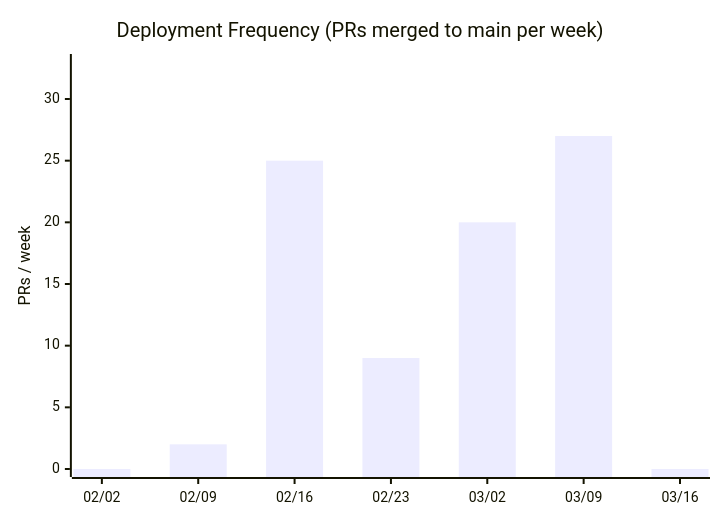
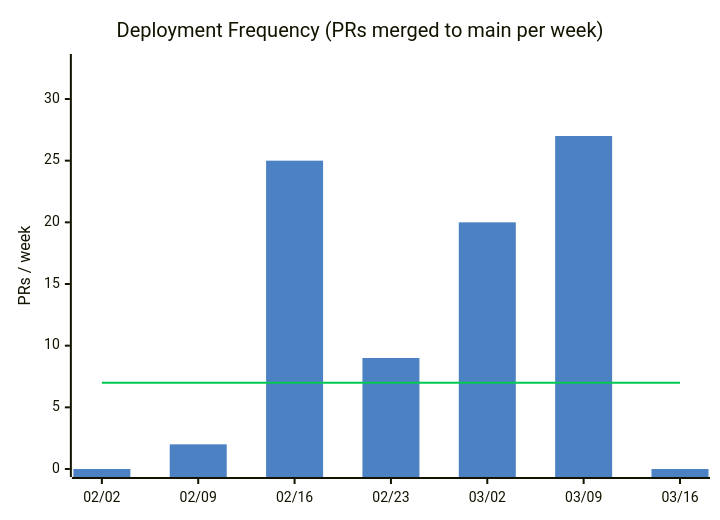
One commit to nablarch/nabledge-dev changed the first of 11 diagrams in docs/metrics.md. Above: the diagram before and after it, drawn with Mermaid. The commit also changed other lines of this file and 1 other file, not shown here.

Commit message:
experiment: add threshold lines to all DORA charts with legend

````diff
--- a/docs/metrics.md
+++ b/docs/metrics.md
@@ -42,7 +44,9 @@
 ```mermaid
+%%{init: {'theme': 'base', 'themeVariables': {'xyChart': {'plotColorPalette': '#4C82C3,#00C853'}}}}%%
 xychart-beta
   title "Deployment Frequency (PRs merged to main per week)"
   x-axis ["02/02", "02/09", "02/16", "02/23", "03/02", "03/09", "03/16"]
   y-axis "PRs / week" 0 --> 33
   bar [0, 2, 25, 9, 20, 27, 0]
+  line [7, 7, 7, 7, 7, 7, 7]
 ```
````
